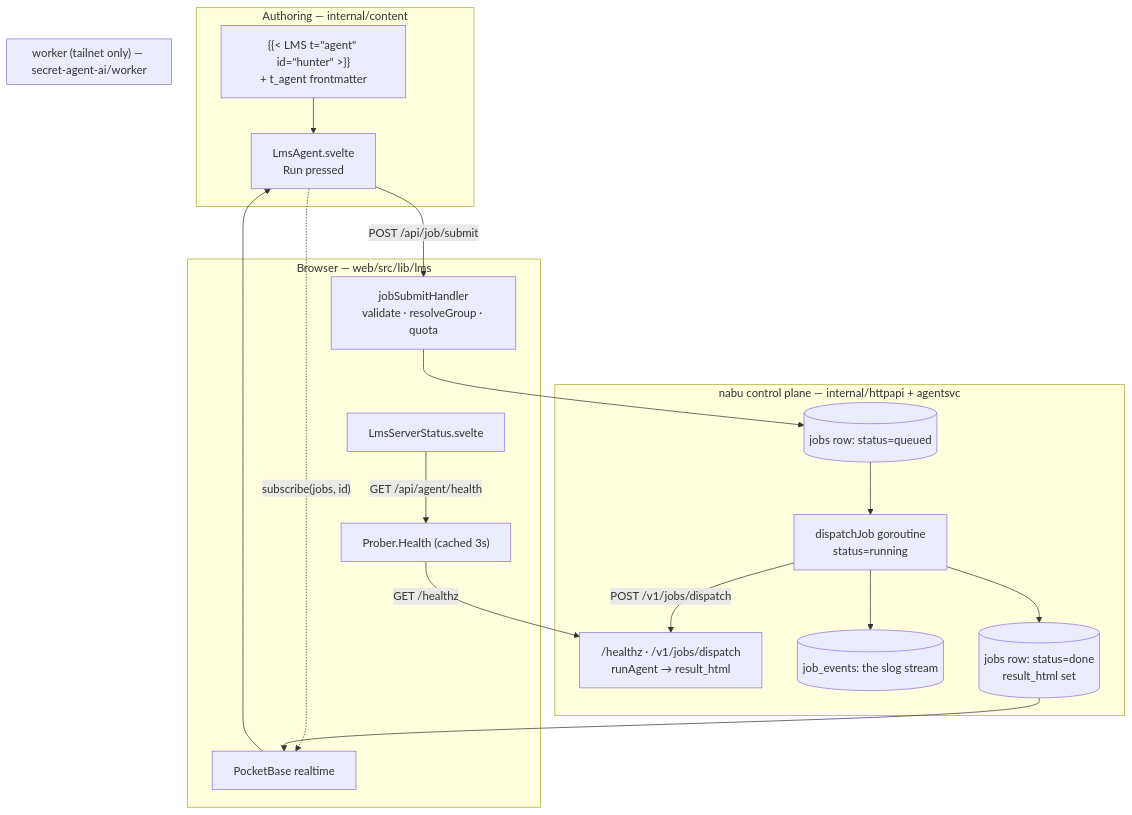
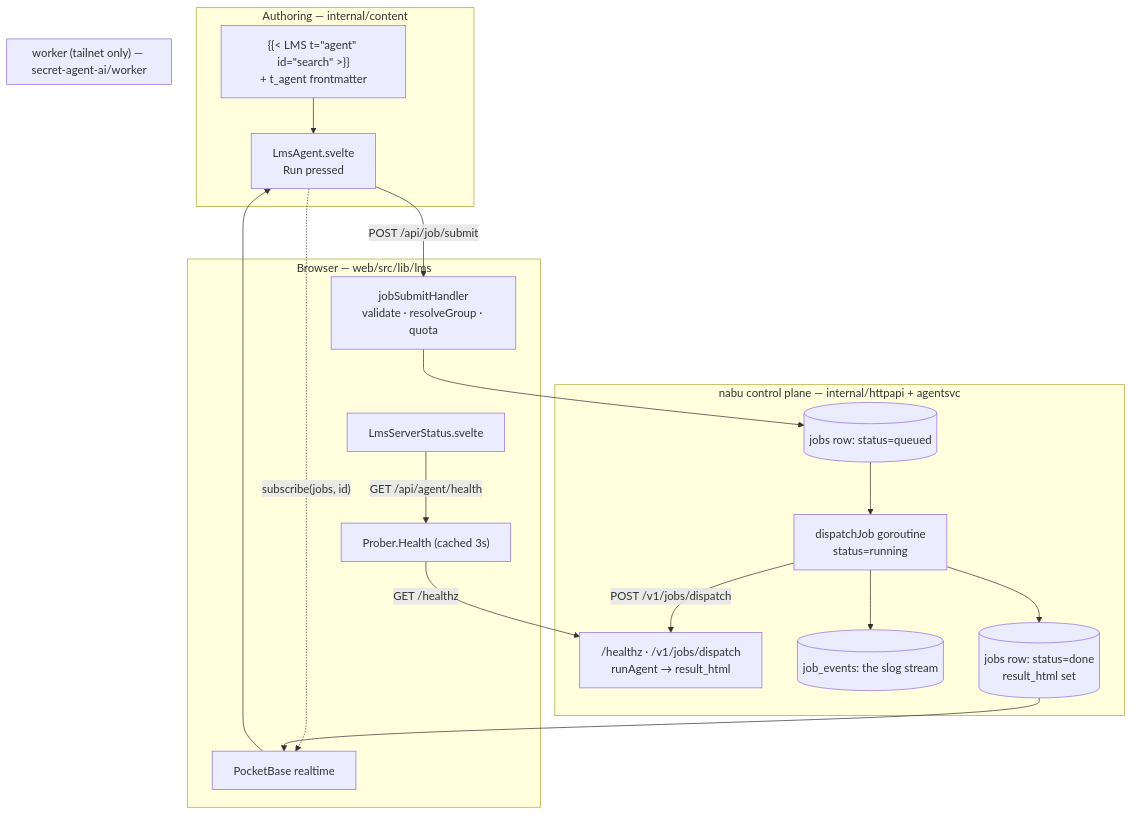
Before and after one commit to mrmxf/nabu: the diagram in help/using-nabu/reference/10-agent-fundamentals.md, drawn with Mermaid. The commit also changed other lines of this file and 54 other files, not shown here.

````diff
--- a/help/using-nabu/reference/10-agent-fundamentals.md
+++ b/help/using-nabu/reference/10-agent-fundamentals.md
@@ -40,28 +40,28 @@
 ```mermaid
 flowchart TD
     subgraph authoring["Authoring — internal/content"]
-        SC["{{< LMS t=&quot;agent&quot; id=&quot;hunter&quot; &gt;}}<br/>+ t_agent frontmatter"] --> W
+        SC["{{< LMS t=&quot;agent&quot; id=&quot;search&quot; &gt;}}<br/>+ t_agent frontmatter"] --> W
     end
 
     subgraph client["Browser — web/src/lib/lms"]
         W["LmsAgent.svelte<br/>Run pressed"] -->|POST /api/job/submit| SUB
         HS["LmsServerStatus.svelte"] -->|GET /api/agent/health| HP
         W -. subscribe(jobs, id) .-> RT
     end
 
     subgraph nabu["nabu control plane — internal/httpapi + agentsvc"]
         SUB["jobSubmitHandler<br/>validate · resolveGroup · quota"] --> JOB
         JOB[("jobs row: status=queued")] --> DJ
         DJ["dispatchJob goroutine<br/>status=running"] -->|POST /v1/jobs/dispatch| WK
         HP["Prober.Health (cached 3s)"] -->|GET /healthz| WK
         DJ --> EV[("job_events: the slog stream")]
         DJ --> DONE[("jobs row: status=done<br/>result_html set")]
         DONE --> RT["PocketBase realtime"]
     end
 
     subgraph worker["worker (tailnet only) — secret-agent-ai/worker"]
         WK["/healthz · /v1/jobs/dispatch<br/>runAgent → result_html"]
     end
 
     RT --> W
 ```
````
